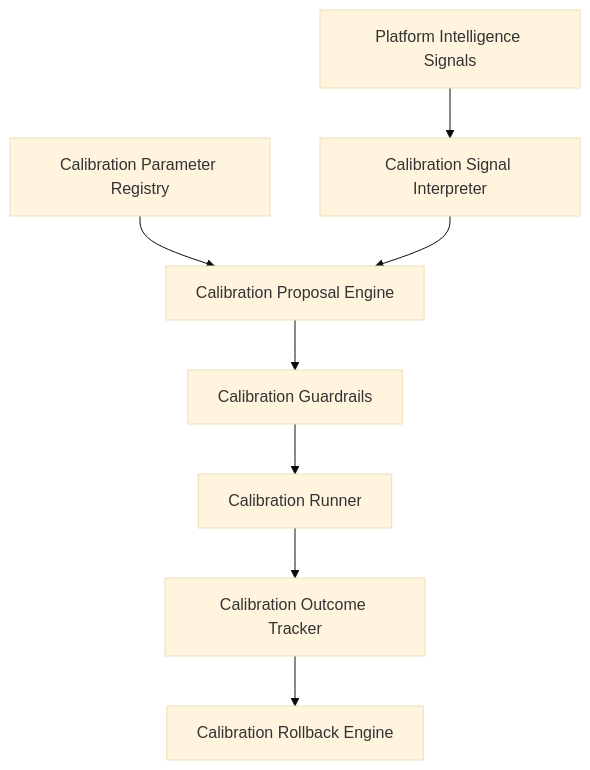
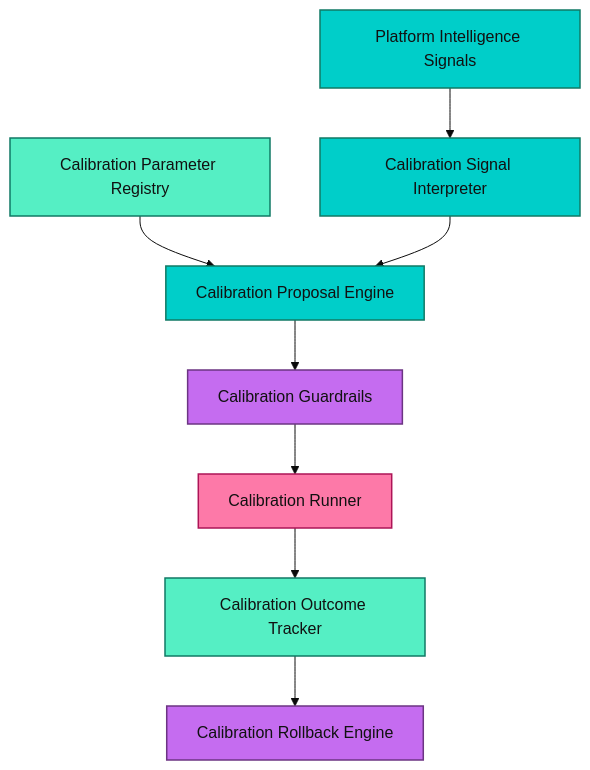
Before and after one commit to zansued/axionos: the eighth of 10 diagrams in docs/ARCHITECTURE.md, drawn with Mermaid (base theme).

Commit message:
Preceding changes

````diff
--- a/docs/ARCHITECTURE.md
+++ b/docs/ARCHITECTURE.md
@@ -335,18 +335,23 @@
 ```mermaid
 flowchart TB
-    Registry["Calibration Parameter Registry"]
-    Interpreter["Calibration Signal Interpreter"]
-    Proposal["Calibration Proposal Engine"]
-    Guard["Calibration Guardrails"]
-    Runner["Calibration Runner"]
-    Outcome["Calibration Outcome Tracker"]
-    Rollback["Calibration Rollback Engine"]
+    Registry["Calibration Parameter Registry"]:::data
+    Interpreter["Calibration Signal Interpreter"]:::intelligence
+    Proposal["Calibration Proposal Engine"]:::intelligence
+    Guard["Calibration Guardrails"]:::governance
+    Runner["Calibration Runner"]:::runtime
+    Outcome["Calibration Outcome Tracker"]:::data
+    Rollback["Calibration Rollback Engine"]:::governance
 
-    Signals["Platform Intelligence Signals"] --> Interpreter
+    Signals["Platform Intelligence Signals"]:::intelligence --> Interpreter
     Registry --> Proposal
     Interpreter --> Proposal
     Proposal --> Guard
     Guard --> Runner
     Runner --> Outcome
     Outcome --> Rollback
+
+    classDef intelligence fill:#00CEC9,stroke:#117A65,color:#111,stroke-width:1.5px;
+    classDef runtime fill:#FD79A8,stroke:#AD1457,color:#111,stroke-width:1.5px;
+    classDef governance fill:#C56CF0,stroke:#6C3483,color:#111,stroke-width:1.5px;
+    classDef data fill:#55EFC4,stroke:#117A65,color:#111,stroke-width:1.5px;
 ```
````
